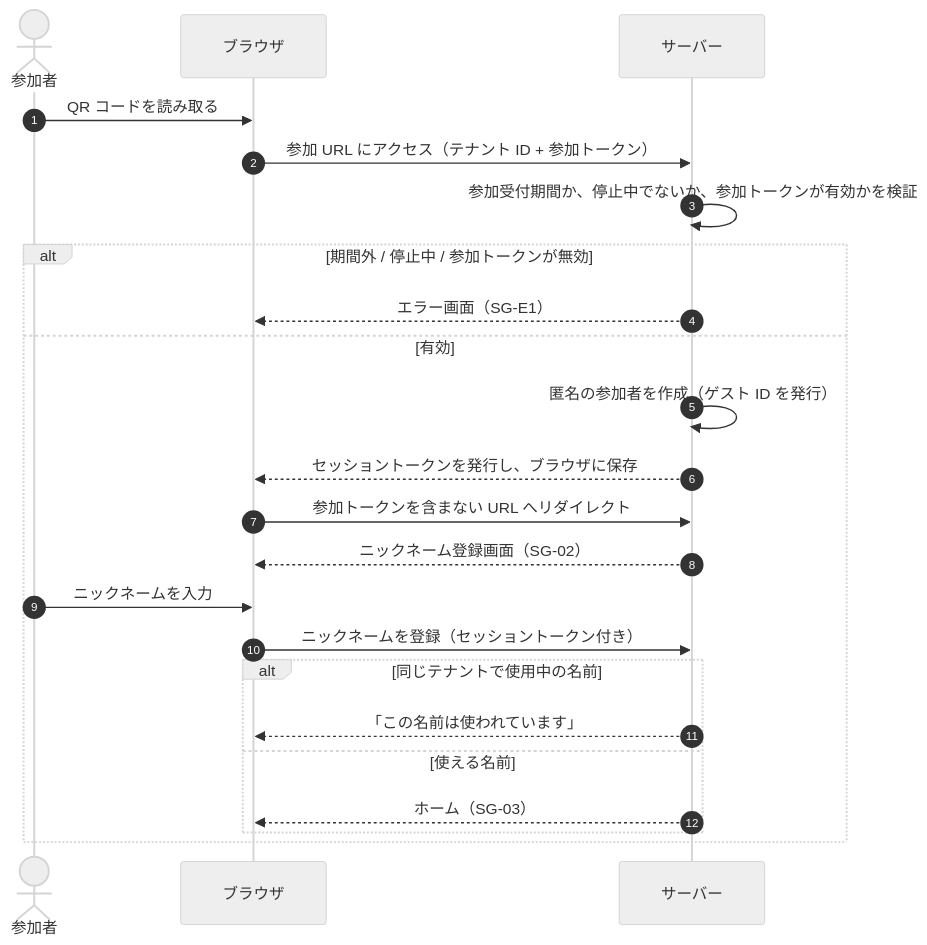
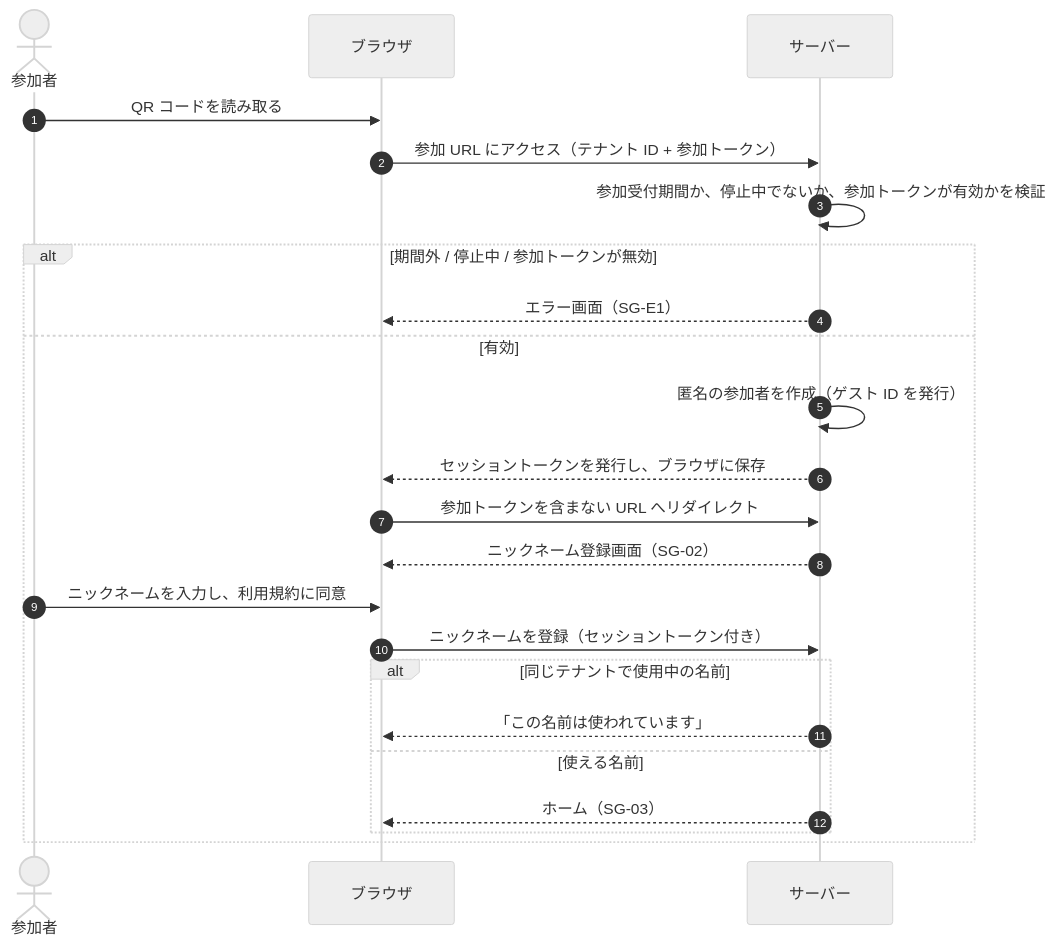
The first of 3 diagrams in docs/design/auth.md (Nagomu0128/would-you-marry.me), drawn with Mermaid (neutral theme) before and after one commit. The commit also changed other lines of this file and 11 other files, not shown here.

````diff
--- a/docs/design/auth.md
+++ b/docs/design/auth.md
@@ -26,25 +26,25 @@
 ```mermaid
 sequenceDiagram
     autonumber
     actor P as 参加者
     participant B as ブラウザ
     participant S as サーバー
     P->>B: QR コードを読み取る
     B->>S: 参加 URL にアクセス（テナント ID + 参加トークン）
     S->>S: 参加受付期間か、停止中でないか、参加トークンが有効かを検証
     alt 期間外 / 停止中 / 参加トークンが無効
         S-->>B: エラー画面（SG-E1）
     else 有効
         S->>S: 匿名の参加者を作成（ゲスト ID を発行）
         S-->>B: セッショントークンを発行し、ブラウザに保存
         B->>S: 参加トークンを含まない URL へリダイレクト
         S-->>B: ニックネーム登録画面（SG-02）
-        P->>B: ニックネームを入力
+        P->>B: ニックネームを入力し、利用規約に同意
         B->>S: ニックネームを登録（セッショントークン付き）
         alt 同じテナントで使用中の名前
             S-->>B: 「この名前は使われています」
         else 使える名前
             S-->>B: ホーム（SG-03）
         end
     end
 ```
````
